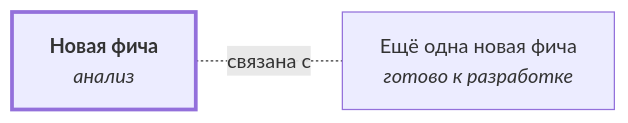
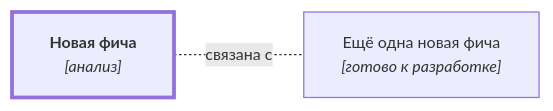
Before and after one commit to DmitryKhilko/example-app-requirements: the diagram in docs/specifications/catalog/new-feature.md, drawn with Mermaid. The commit also changed other lines of this file and 21 other files, not shown here.

````diff
--- a/docs/specifications/catalog/new-feature.md
+++ b/docs/specifications/catalog/new-feature.md
@@ -22,12 +22,13 @@
 ```mermaid
+%%{init: {"themeVariables": {"fontSize": "12.8px"}}}%%
 flowchart LR
-    n0["<b>Новая фича</b><br/><i>анализ</i>"]
-    n1["Ещё одна новая фича<br/><i>готово к разработке</i>"]
+    n0["<b>Новая фича</b><br/><i>[анализ]</i>"]
+    n1["Ещё одна новая фича<br/><i>[готово к разработке]</i>"]
     n0 -.-|"связана с"| n1
 
     classDef current stroke-width:3px
     classDef archived stroke-dasharray:5 4
     class n0 current
 
     click n1 "../new-feature-copy/"
 ```
````
